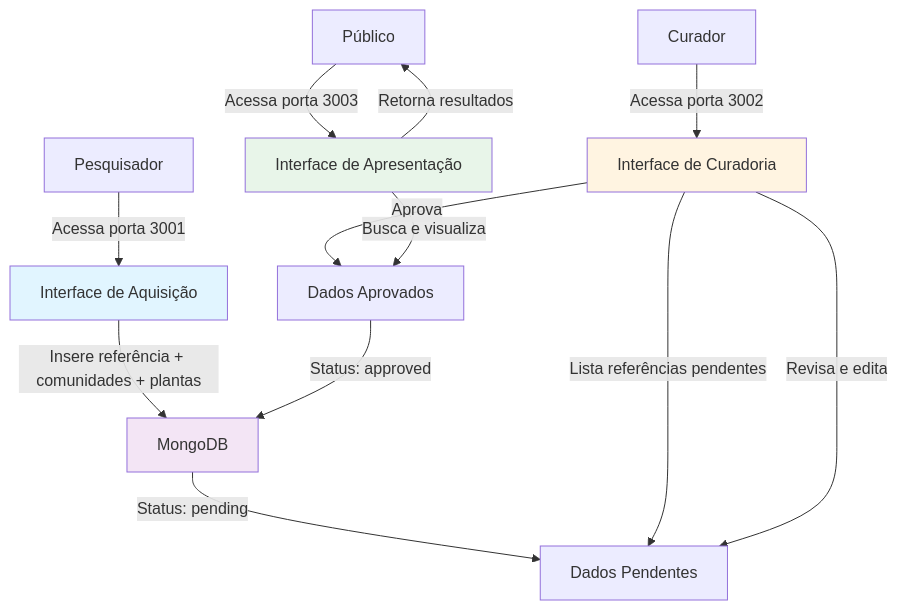
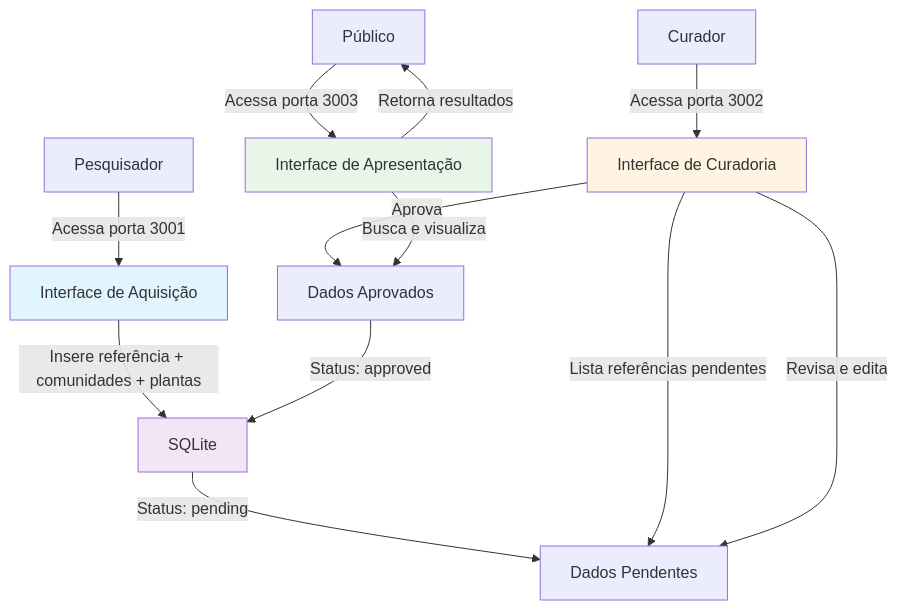
Before and after one commit to edalcin/BioCultDB: the first of 2 diagrams in README.md, drawn with Mermaid. The commit also changed other lines of this file and 31 other files, not shown here.

First line of the commit message:
feat: migra backend para SQLite com JSON1, substitui MongoDB (ADR-005)

````diff
--- a/README.md
+++ b/README.md
@@ -204,21 +205,21 @@
 ```mermaid
 flowchart TD
     A[Pesquisador] -->|Acessa porta 3001| B[Interface de Aquisição]
-    B -->|Insere referência + comunidades + plantas| C[MongoDB]
+    B -->|Insere referência + comunidades + plantas| C[SQLite]
     C -->|Status: pending| D[Dados Pendentes]
 
     E[Curador] -->|Acessa porta 3002| F[Interface de Curadoria]
     F -->|Lista referências pendentes| D
     F -->|Revisa e edita| D
     F -->|Aprova| G[Dados Aprovados]
     G -->|Status: approved| C
 
     H[Público] -->|Acessa porta 3003| I[Interface de Apresentação]
     I -->|Busca e visualiza| G
     I -->|Retorna resultados| H
 
     style B fill:#e1f5ff
     style F fill:#fff4e1
     style I fill:#e8f5e9
     style C fill:#f3e5f5
 ```
````
